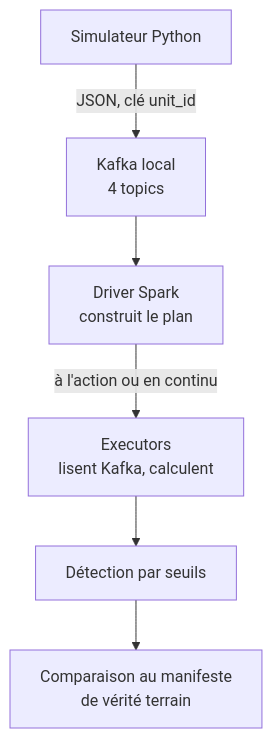
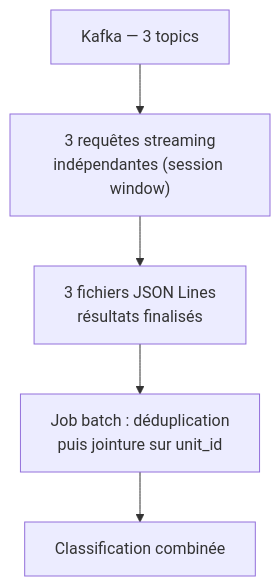
Before and after one commit to thcarole1/ev-powertrain-manufacturing_analytics: the first of 2 diagrams in README.md, drawn with Mermaid. The commit also changed other lines of this file and 12 other files, not shown here.

First line of the commit message:
feat: streaming detection across 3 sensors (decoupled architecture) (#9)

````diff
--- a/README.md
+++ b/README.md
@@ -21,8 +21,7 @@
 ```mermaid
 flowchart TD
-    A["Simulateur Python"] -->|"JSON, clé unit_id"| B["Kafka local<br/>4 topics"]
-    B --> C["Driver Spark<br/>construit le plan"]
-    C -->|"à l'action ou en continu"| D["Executors<br/>lisent Kafka, calculent"]
-    D --> E["Détection par seuils"]
-    E --> F["Comparaison au manifeste<br/>de vérité terrain"]
+    A["Kafka — 3 topics"] --> B["3 requêtes streaming<br/>indépendantes (session window)"]
+    B --> C["3 fichiers JSON Lines<br/>résultats finalisés"]
+    C --> D["Job batch : déduplication<br/>puis jointure sur unit_id"]
+    D --> E["Classification combinée"]
 ```
````
